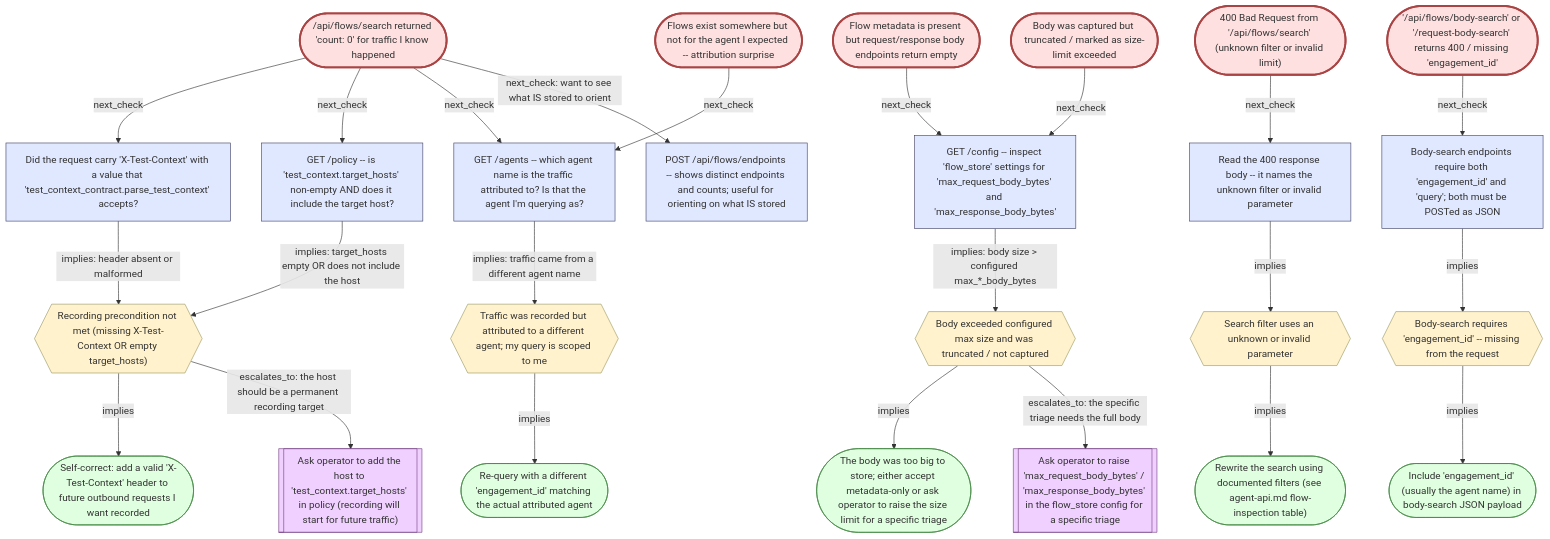
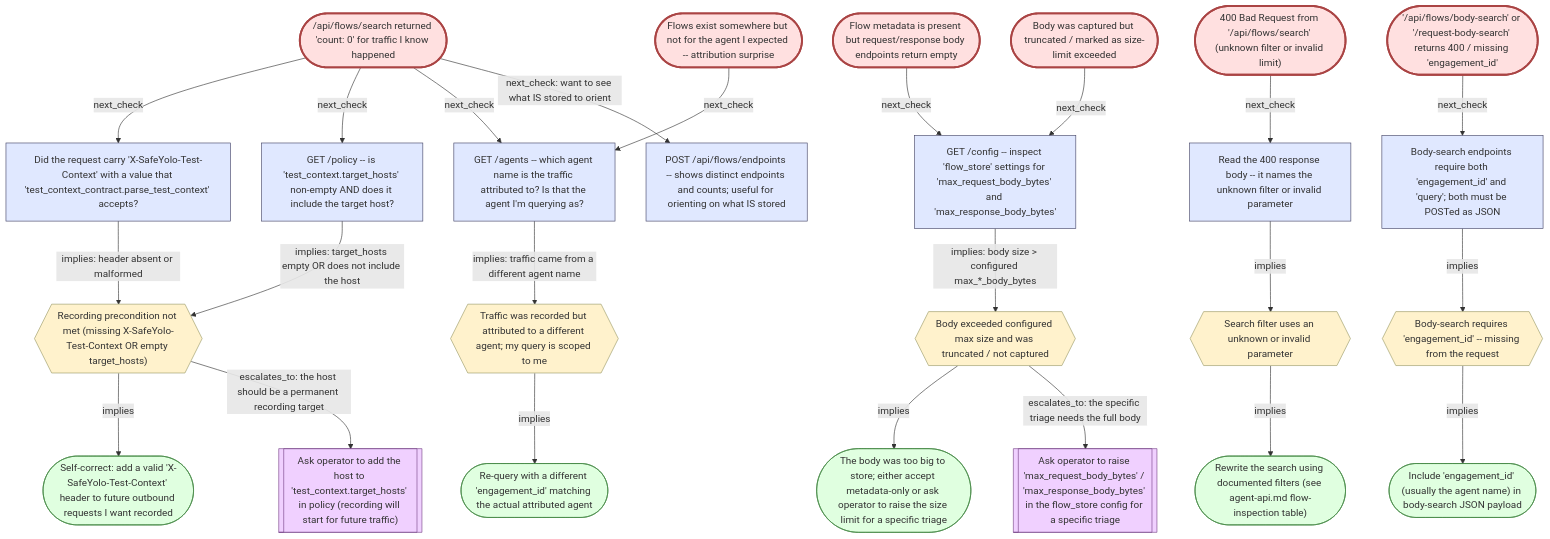
The diagram in cli/src/safeyolo/agent_context/skills/safeyolo/references/graph/triage-flow-inspection.mmd (craigbalding/safeyolo), drawn with Mermaid before and after one commit. The commit also changed 29 other files, not shown here.

First line of the commit message:
refactor(test-context): namespace header + drop ccapt legacy names (#319)

```diff
--- a/cli/src/safeyolo/agent_context/skills/safeyolo/references/graph/triage-flow-inspection.mmd
+++ b/cli/src/safeyolo/agent_context/skills/safeyolo/references/graph/triage-flow-inspection.mmd
@@ -1,91 +1,91 @@
 flowchart TD
     %% Auto-generated by scripts/render_skill_graph.py -- do not edit.
 
     classDef symptom fill:#ffe0e0,stroke:#a44
     classDef evidence fill:#e0e8ff,stroke:#446
     classDef classification fill:#fff2cc,stroke:#996
     classDef conclusion fill:#e0ffe0,stroke:#484
     classDef operator_ask fill:#f0d0ff,stroke:#748
 
     sym.flow_count_zero(["/api/flows/search returned 'count: 0' for traffic I know happened"])
     sym.flow_no_bodies(["Flow metadata is present but request/response body endpoints return empty"])
     sym.flow_400_filter(["400 Bad Request from '/api/flows/search' (unknown filter or invalid limit)"])
     sym.body_search_needs_engagement(["'/api/flows/body-search' or '/request-body-search' returns 400 / missing 'engagement_id'"])
     sym.flow_wrong_agent(["Flows exist somewhere but not for the agent I expected -- attribution surprise"])
     sym.flow_body_too_large(["Body was captured but truncated / marked as size-limit exceeded"])
-    ev.flow_check_x_test_context["Did the request carry 'X-Test-Context' with a value that 'test_context_contract.parse_test_context' accepts?"]
+    ev.flow_check_x_test_context["Did the request carry 'X-SafeYolo-Test-Context' with a value that 'test_context_contract.parse_test_context' accepts?"]
     ev.flow_check_target_hosts["GET /policy -- is 'test_context.target_hosts' non-empty AND does it include the target host?"]
     ev.flow_check_attribution["GET /agents -- which agent name is the traffic attributed to? Is that the agent I'm querying as?"]
     ev.flow_check_flowstore_config["GET /config -- inspect 'flow_store' settings for 'max_request_body_bytes' and 'max_response_body_bytes'"]
     ev.flow_check_endpoints_list["POST /api/flows/endpoints -- shows distinct endpoints and counts; useful for orienting on what IS stored"]
     ev.flow_read_search_error_body["Read the 400 response body -- it names the unknown filter or invalid parameter"]
     ev.flow_check_engagement_id["Body-search endpoints require both 'engagement_id' and 'query'; both must be POSTed as JSON"]
-    cls.flow_recording_precondition_missing{{"Recording precondition not met (missing X-Test-Context OR empty target_hosts)"}}
+    cls.flow_recording_precondition_missing{{"Recording precondition not met (missing X-SafeYolo-Test-Context OR empty target_hosts)"}}
     cls.flow_attribution_scoped_out{{"Traffic was recorded but attributed to a different agent; my query is scoped to me"}}
     cls.flow_bad_filter{{"Search filter uses an unknown or invalid parameter"}}
     cls.flow_body_over_size_limit{{"Body exceeded configured max size and was truncated / not captured"}}
     cls.flow_engagement_required{{"Body-search requires 'engagement_id' -- missing from the request"}}
-    con.flow_add_x_test_context(["Self-correct: add a valid 'X-Test-Context' header to future outbound requests I want recorded"])
+    con.flow_add_x_test_context(["Self-correct: add a valid 'X-SafeYolo-Test-Context' header to future outbound requests I want recorded"])
     con.flow_use_valid_filter(["Rewrite the search using documented filters (see agent-api.md flow-inspection table)"])
     con.flow_pass_engagement_id(["Include 'engagement_id' (usually the agent name) in body-search JSON payload"])
     con.flow_accept_truncation(["The body was too big to store; either accept metadata-only or ask operator to raise the size limit for a specific triage"])
     con.flow_query_without_agent_scope(["Re-query with a different 'engagement_id' matching the actual attributed agent"])
     ask.flow_add_target_host[["Ask operator to add the host to 'test_context.target_hosts' in policy (recording will start for future traffic)"]]
     ask.flow_raise_body_size[["Ask operator to raise 'max_request_body_bytes' / 'max_response_body_bytes' in the flow_store config for a specific triage"]]
 
     sym.flow_count_zero -->|"next_check"| ev.flow_check_x_test_context
     sym.flow_count_zero -->|"next_check"| ev.flow_check_target_hosts
     sym.flow_count_zero -->|"next_check"| ev.flow_check_attribution
     sym.flow_count_zero -->|"next_check: want to see what IS stored to orient"| ev.flow_check_endpoints_list
     ev.flow_check_x_test_context -->|"implies: header absent or malformed"| cls.flow_recording_precondition_missing
     ev.flow_check_target_hosts -->|"implies: target_hosts empty OR does not include the host"| cls.flow_recording_precondition_missing
     cls.flow_recording_precondition_missing -->|"implies"| con.flow_add_x_test_context
     cls.flow_recording_precondition_missing -->|"escalates_to: the host should be a permanent recording target"| ask.flow_add_target_host
     ev.flow_check_attribution -->|"implies: traffic came from a different agent name"| cls.flow_attribution_scoped_out
     cls.flow_attribution_scoped_out -->|"implies"| con.flow_query_without_agent_scope
     sym.flow_no_bodies -->|"next_check"| ev.flow_check_flowstore_config
     sym.flow_body_too_large -->|"next_check"| ev.flow_check_flowstore_config
     ev.flow_check_flowstore_config -->|"implies: body size > configured max_*_body_bytes"| cls.flow_body_over_size_limit
     cls.flow_body_over_size_limit -->|"implies"| con.flow_accept_truncation
     cls.flow_body_over_size_limit -->|"escalates_to: the specific triage needs the full body"| ask.flow_raise_body_size
     sym.flow_400_filter -->|"next_check"| ev.flow_read_search_error_body
     ev.flow_read_search_error_body -->|"implies"| cls.flow_bad_filter
     cls.flow_bad_filter -->|"implies"| con.flow_use_valid_filter
     sym.body_search_needs_engagement -->|"next_check"| ev.flow_check_engagement_id
     ev.flow_check_engagement_id -->|"implies"| cls.flow_engagement_required
     cls.flow_engagement_required -->|"implies"| con.flow_pass_engagement_id
     sym.flow_wrong_agent -->|"next_check"| ev.flow_check_attribution
 
     class sym.flow_count_zero symptom
     class sym.flow_no_bodies symptom
     class sym.flow_400_filter symptom
     class sym.body_search_needs_engagement symptom
     class sym.flow_wrong_agent symptom
     class sym.flow_body_too_large symptom
     class ev.flow_check_x_test_context evidence
     class ev.flow_check_target_hosts evidence
     class ev.flow_check_attribution evidence
     class ev.flow_check_flowstore_config evidence
     class ev.flow_check_endpoints_list evidence
     class ev.flow_read_search_error_body evidence
     class ev.flow_check_engagement_id evidence
     class cls.flow_recording_precondition_missing classification
     class cls.flow_attribution_scoped_out classification
     class cls.flow_bad_filter classification
     class cls.flow_body_over_size_limit classification
     class cls.flow_engagement_required classification
     class con.flow_add_x_test_context conclusion
     class con.flow_use_valid_filter conclusion
     class con.flow_pass_engagement_id conclusion
     class con.flow_accept_truncation conclusion
     class con.flow_query_without_agent_scope conclusion
     class ask.flow_add_target_host operator_ask
     class ask.flow_raise_body_size operator_ask
 
     %% Entry symptoms (bind an observed symptom here)
     style sym.flow_count_zero stroke-width:3px
     style sym.flow_no_bodies stroke-width:3px
     style sym.flow_400_filter stroke-width:3px
     style sym.body_search_needs_engagement stroke-width:3px
     style sym.flow_wrong_agent stroke-width:3px
     style sym.flow_body_too_large stroke-width:3px
```
